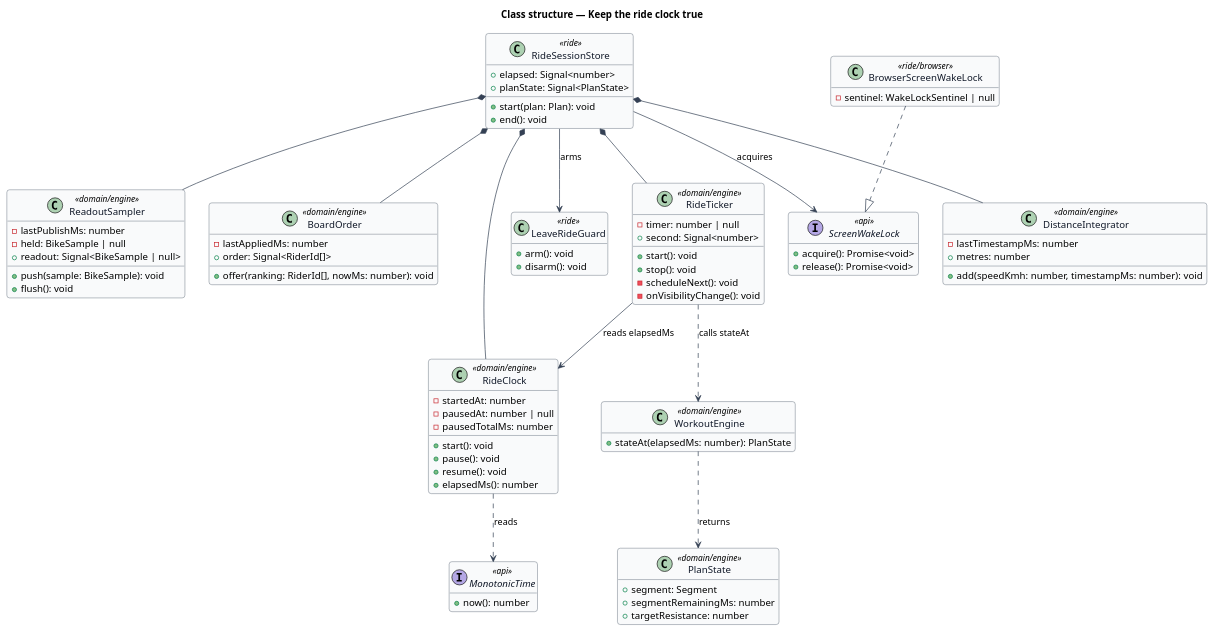
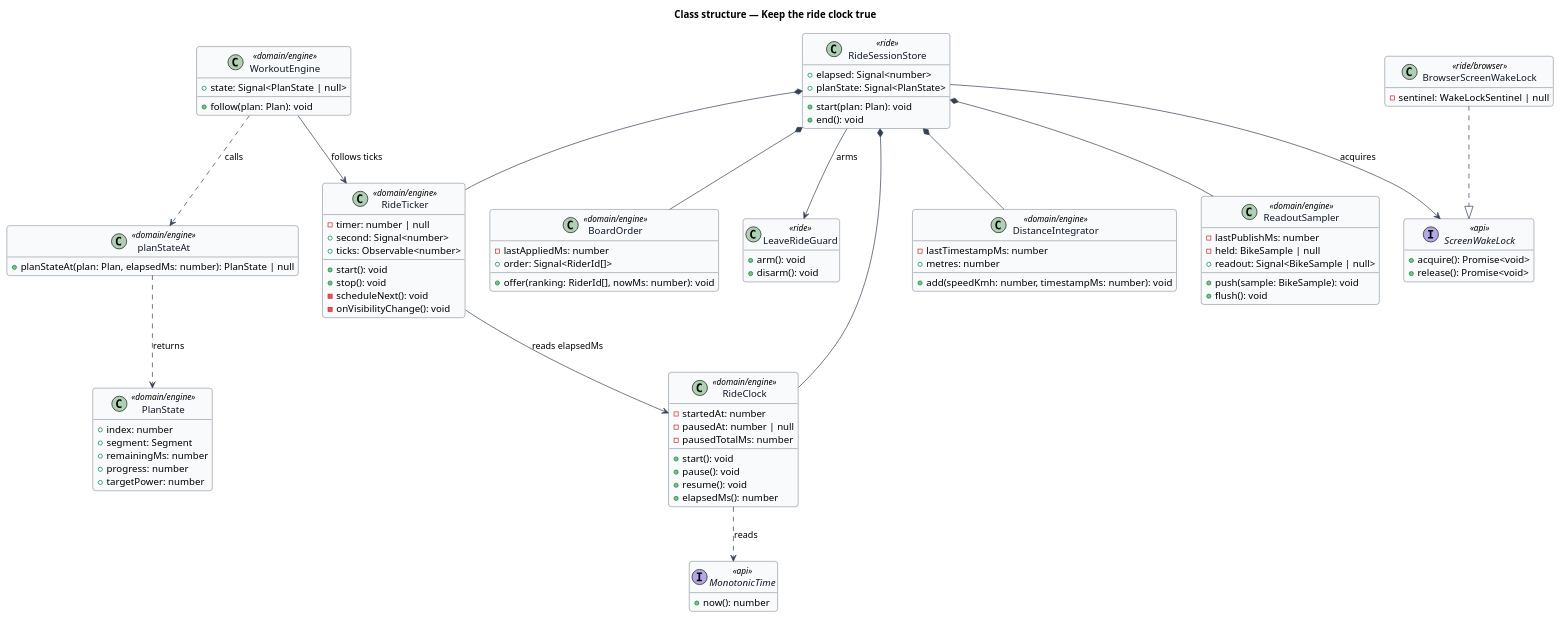
The diagram in docs/detailed-designs/performance/keep-the-ride-clock-true/diagrams/class-structure.puml (QuinntyneBrown/ride-one), drawn with PlantUML before and after one commit. The commit also changed 17 other files, not shown here.

```diff
--- a/docs/detailed-designs/performance/keep-the-ride-clock-true/diagrams/class-structure.puml
+++ b/docs/detailed-designs/performance/keep-the-ride-clock-true/diagrams/class-structure.puml
@@ -1,91 +1,99 @@
 @startuml
 ' --- shared skin header ---
 skinparam backgroundColor #FFFFFF
 skinparam shadowing false
 skinparam roundcorner 8
 skinparam defaultFontName Arial
 skinparam ArrowColor #344054
 skinparam class {
   BorderColor #344054
   FontColor #101828
   BackgroundColor #F9FAFB
 }
 ' --------------------------
 title Class structure — Keep the ride clock true
 hide empty members
 
 interface MonotonicTime <<api>> {
   +now(): number
 }
 class RideClock <<domain/engine>> {
   -startedAt: number
   -pausedAt: number | null
   -pausedTotalMs: number
   +start(): void
   +pause(): void
   +resume(): void
   +elapsedMs(): number
 }
 class RideTicker <<domain/engine>> {
   -timer: number | null
   +second: Signal<number>
+  +ticks: Observable<number>
   +start(): void
   +stop(): void
   -scheduleNext(): void
   -onVisibilityChange(): void
 }
 class WorkoutEngine <<domain/engine>> {
-  +stateAt(elapsedMs: number): PlanState
+  +state: Signal<PlanState | null>
+  +follow(plan: Plan): void
+}
+class planStateAt <<domain/engine>> {
+  +planStateAt(plan: Plan, elapsedMs: number): PlanState | null
 }
 class PlanState <<domain/engine>> {
+  +index: number
   +segment: Segment
-  +segmentRemainingMs: number
-  +targetResistance: number
+  +remainingMs: number
+  +progress: number
+  +targetPower: number
 }
 class DistanceIntegrator <<domain/engine>> {
   -lastTimestampMs: number
   +metres: number
   +add(speedKmh: number, timestampMs: number): void
 }
 class ReadoutSampler <<domain/engine>> {
   -lastPublishMs: number
   -held: BikeSample | null
   +readout: Signal<BikeSample | null>
   +push(sample: BikeSample): void
   +flush(): void
 }
 class BoardOrder <<domain/engine>> {
   -lastAppliedMs: number
   +order: Signal<RiderId[]>
   +offer(ranking: RiderId[], nowMs: number): void
 }
 interface ScreenWakeLock <<api>> {
   +acquire(): Promise<void>
   +release(): Promise<void>
 }
 class BrowserScreenWakeLock <<ride/browser>> {
   -sentinel: WakeLockSentinel | null
 }
 class LeaveRideGuard <<ride>> {
   +arm(): void
   +disarm(): void
 }
 class RideSessionStore <<ride>> {
   +elapsed: Signal<number>
   +planState: Signal<PlanState>
   +start(plan: Plan): void
   +end(): void
 }
 RideClock ..> MonotonicTime : reads
 RideTicker --> RideClock : reads elapsedMs
-RideTicker ..> WorkoutEngine : calls stateAt
-WorkoutEngine ..> PlanState : returns
+WorkoutEngine --> RideTicker : follows ticks
+WorkoutEngine ..> planStateAt : calls
+planStateAt ..> PlanState : returns
 BrowserScreenWakeLock ..|> ScreenWakeLock
 RideSessionStore *-- RideClock
 RideSessionStore *-- RideTicker
 RideSessionStore *-- DistanceIntegrator
 RideSessionStore *-- ReadoutSampler
 RideSessionStore *-- BoardOrder
 RideSessionStore --> ScreenWakeLock : acquires
 RideSessionStore --> LeaveRideGuard : arms
 @enduml
```
